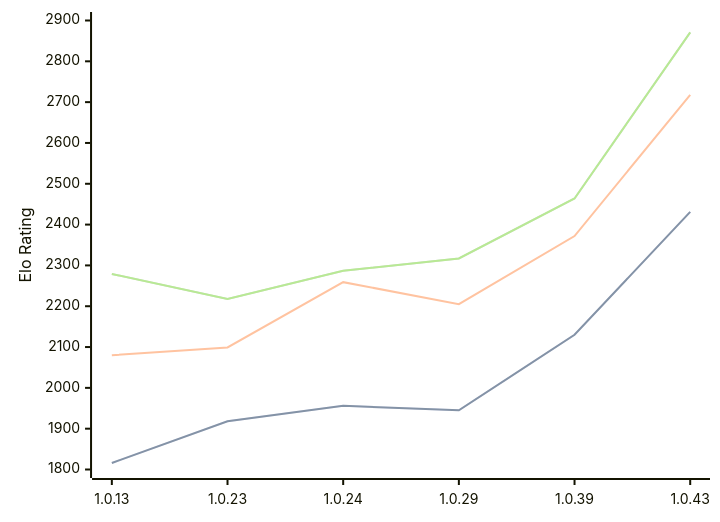
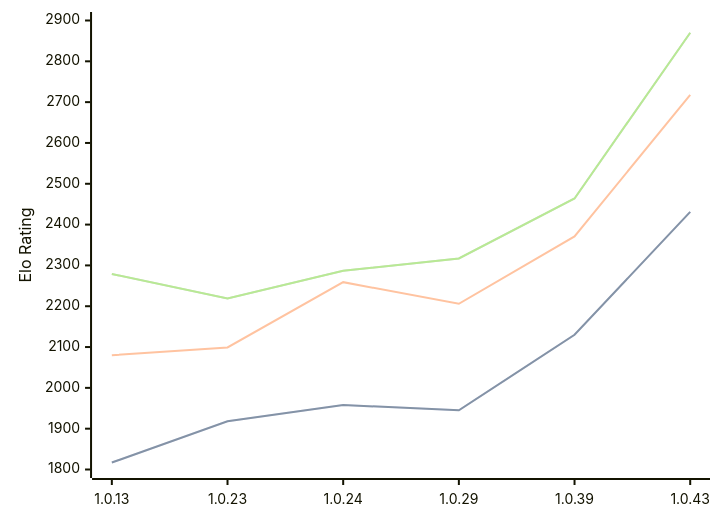
The diagram in engines/RustyRival.md (computer-chess-index/cci), drawn with Mermaid before and after one commit. The commit also changed other lines of this file, not shown here.

Commit message:
Update CCI Ratings (ELO VLTC) - 2026-05-07

````diff
--- a/engines/RustyRival.md
+++ b/engines/RustyRival.md
@@ -68,11 +68,11 @@
 ```mermaid
 %%{init: {"theme":"base","themeVariables":{"seriesColors:['#a3a3a3','#222221','#faa371']}}}%%
 xychart-beta
   x-axis ["1.0.13", "1.0.23", "1.0.24", "1.0.29", "1.0.39", "1.0.43"]
   y-axis "Elo Rating" 1800 --> 2900
-  line "STC (8.0+0.08s)" [1816, 1918, 1956, 1945, 2130, 2431]
-  line "STC (8.0+0.08s)" [1816, 1918, 1956, 1945, 2130, 2431]
-  line "LTC (60.0+0.60s)" [2080, 2099, 2259, 2205, 2372, 2718]
-  line "VLTC (2m24s+1.12s)" [2279, 2218, 2287, 2317, 2464, 2871]
-  line "VLTC (2m24s+1.12s)" [2279, 2218, 2287, 2317, 2464, 2871]
+  line "STC (8.0+0.08s)" [1817, 1918, 1958, 1945, 2130, 2431]
+  line "STC (8.0+0.08s)" [1817, 1918, 1958, 1945, 2130, 2431]
+  line "LTC (60.0+0.60s)" [2080, 2099, 2259, 2206, 2371, 2718]
+  line "VLTC (2m24s+1.12s)" [2279, 2219, 2287, 2317, 2464, 2870]
+  line "VLTC (2m24s+1.12s)" [2279, 2219, 2287, 2317, 2464, 2870]
 ```
````
